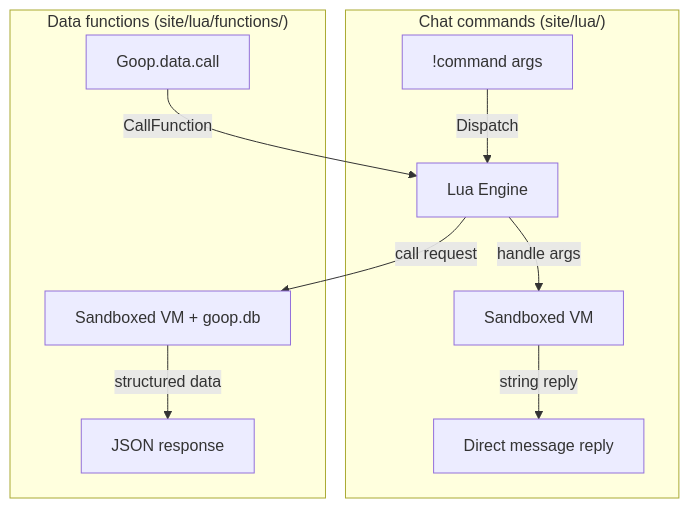
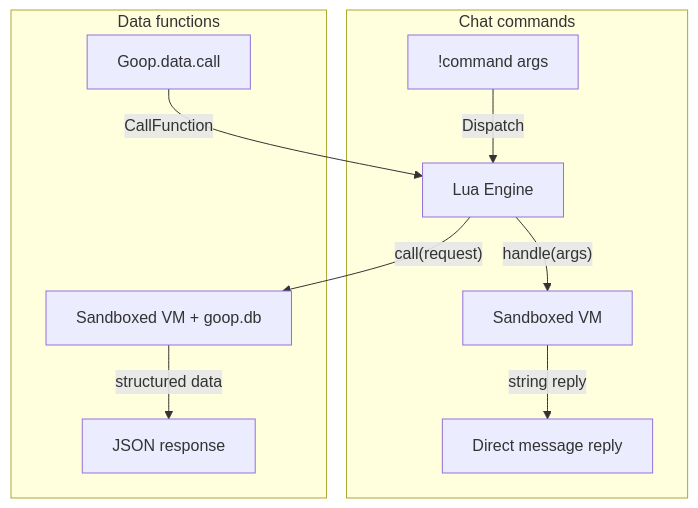
Before and after one commit to petervdpas/goop2: the first of 2 diagrams in internal/rendezvous/docs/06-scripting.md, drawn with Mermaid. The commit also changed 9 other files, not shown here.

````diff
--- a/internal/rendezvous/docs/06-scripting.md
+++ b/internal/rendezvous/docs/06-scripting.md
@@ -20,14 +20,14 @@
 ```mermaid
 graph TD
-    subgraph "Chat commands (site/lua/)"
-        CM[!command args] -->|Dispatch| E[Lua Engine]
-        E -->|handle args| VM1[Sandboxed VM]
-        VM1 -->|string reply| R[Direct message reply]
+    subgraph "Chat commands"
+        CM["!command args"] -->|Dispatch| E["Lua Engine"]
+        E -->|"handle(args)"| VM1["Sandboxed VM"]
+        VM1 -->|"string reply"| R["Direct message reply"]
     end
 
-    subgraph "Data functions (site/lua/functions/)"
-        JS[Goop.data.call] -->|CallFunction| E
-        E -->|call request| VM2[Sandboxed VM + goop.db]
-        VM2 -->|structured data| JSON[JSON response]
+    subgraph "Data functions"
+        JS["Goop.data.call"] -->|CallFunction| E
+        E -->|"call(request)"| VM2["Sandboxed VM + goop.db"]
+        VM2 -->|"structured data"| JSON["JSON response"]
     end
 ```
````
